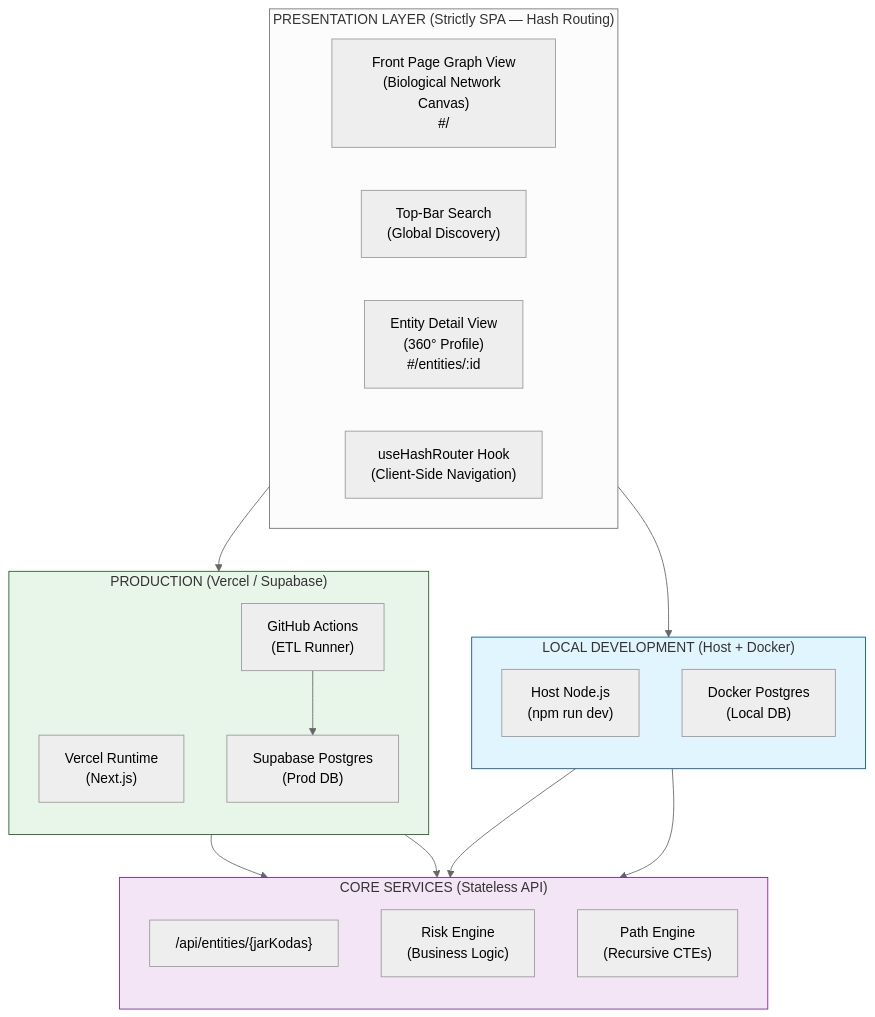
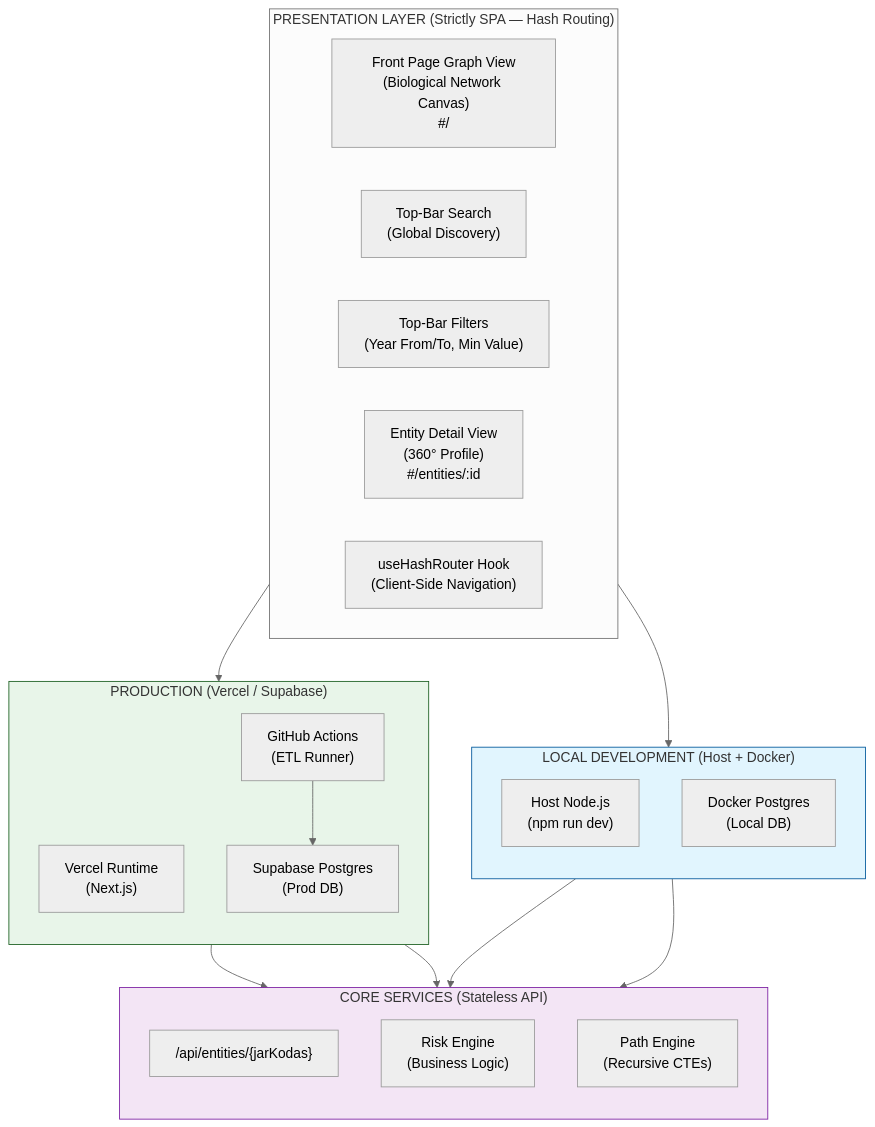
Before and after one commit to rimvydasb/risk-intelligence: the second of 7 diagrams in docs/ARCHITECTURE.md, drawn with Mermaid (neutral theme). The commit also changed other lines of this file and 1 other file, not shown here.

Commit message:
add toolbar filters for year range and procurement value; update API endpoints to support filtering

````diff
--- a/docs/ARCHITECTURE.md
+++ b/docs/ARCHITECTURE.md
@@ -448,42 +458,42 @@
 ```mermaid
 graph TB
     subgraph LOCAL["LOCAL DEVELOPMENT (Host + Docker)"]
         direction TB
         NH["Host Node.js<br/>(npm run dev)"]
         LD["Docker Postgres<br/>(Local DB)"]
     end
 
     subgraph PROD["PRODUCTION (Vercel / Supabase)"]
         direction TB
         VH["Vercel Runtime<br/>(Next.js)"]
         GA["GitHub Actions<br/>(ETL Runner)"]
         SD["Supabase Postgres<br/>(Prod DB)"]
     end
 
     subgraph PRESENTATION["PRESENTATION LAYER (Strictly SPA — Hash Routing)"]
         direction LR
         GV["Front Page Graph View<br/>(Biological Network Canvas)<br/>#/"]
         SEARCH["Top-Bar Search<br/>(Global Discovery)"]
+        FILTERS["Top-Bar Filters<br/>(Year From/To, Min Value)"]
         ED["Entity Detail View<br/>(360° Profile)<br/>#/entities/:id"]
         HR["useHashRouter Hook<br/>(Client-Side Navigation)"]
     end
 
     subgraph CORE_SERVICES["CORE SERVICES (Stateless API)"]
         direction TB
         A1["/api/entities/{jarKodas}"]
         RS["Risk Engine<br/>(Business Logic)"]
         PE["Path Engine<br/>(Recursive CTEs)"]
     end
 
     PRESENTATION --> VH
     PRESENTATION --> NH
     VH --> CORE_SERVICES
     NH --> CORE_SERVICES
     GA --> SD
     SD --> CORE_SERVICES
     LD --> CORE_SERVICES
-
-    style LOCAL fill:#e1f5fe,stroke:#01579b
-    style PROD fill:#e8f5e9,stroke:#1b5e20
-    style CORE_SERVICES fill:#f3e5f5,stroke:#7b1fa2
+    style LOCAL fill: #e1f5fe, stroke: #01579b
+    style PROD fill: #e8f5e9, stroke: #1b5e20
+    style CORE_SERVICES fill: #f3e5f5, stroke: #7b1fa2
 ```
````
